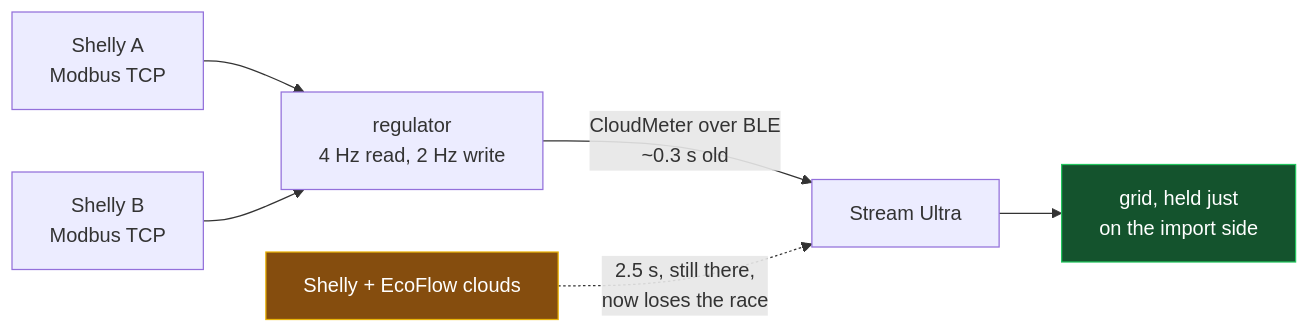
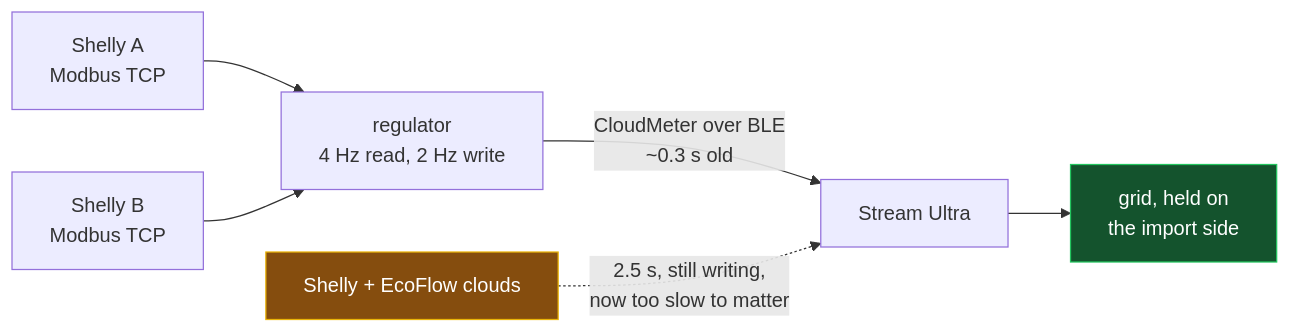
One commit to phoinixgrr/mastori changed the seventh of 17 diagrams in content/posts/ecoflow-zero-export-ble-meter-injection/index.md. Above: the diagram before and after it, drawn with Mermaid. The commit also changed other lines of this file, not shown here.

First line of the commit message:
Rewrite zero-export post: plainer prose, BIAS named, 17 diagrams

```diff
--- a/content/posts/ecoflow-zero-export-ble-meter-injection/index.md
+++ b/content/posts/ecoflow-zero-export-ble-meter-injection/index.md
@@ -186,11 +235,11 @@
 {{< mermaid >}}
 flowchart LR
     S1["Shelly A<br/>Modbus TCP"] --> R["regulator<br/>4 Hz read, 2 Hz write"]
     S2["Shelly B<br/>Modbus TCP"] --> R
     R -->|"CloudMeter over BLE<br/>~0.3 s old"| U["Stream Ultra"]
-    SC["Shelly + EcoFlow clouds"] -.->|"2.5 s, still there,<br/>now loses the race"| U
-    U --> G["grid, held just<br/>on the import side"]
+    SC["Shelly + EcoFlow clouds"] -.->|"2.5 s, still writing,<br/>now too slow to matter"| U
+    U --> G["grid, held on<br/>the import side"]
 
     style SC fill:#854d0e,stroke:#eab308,color:#fff
     style G fill:#14532d,stroke:#22c55e,color:#fff
 {{< /mermaid >}}
```
